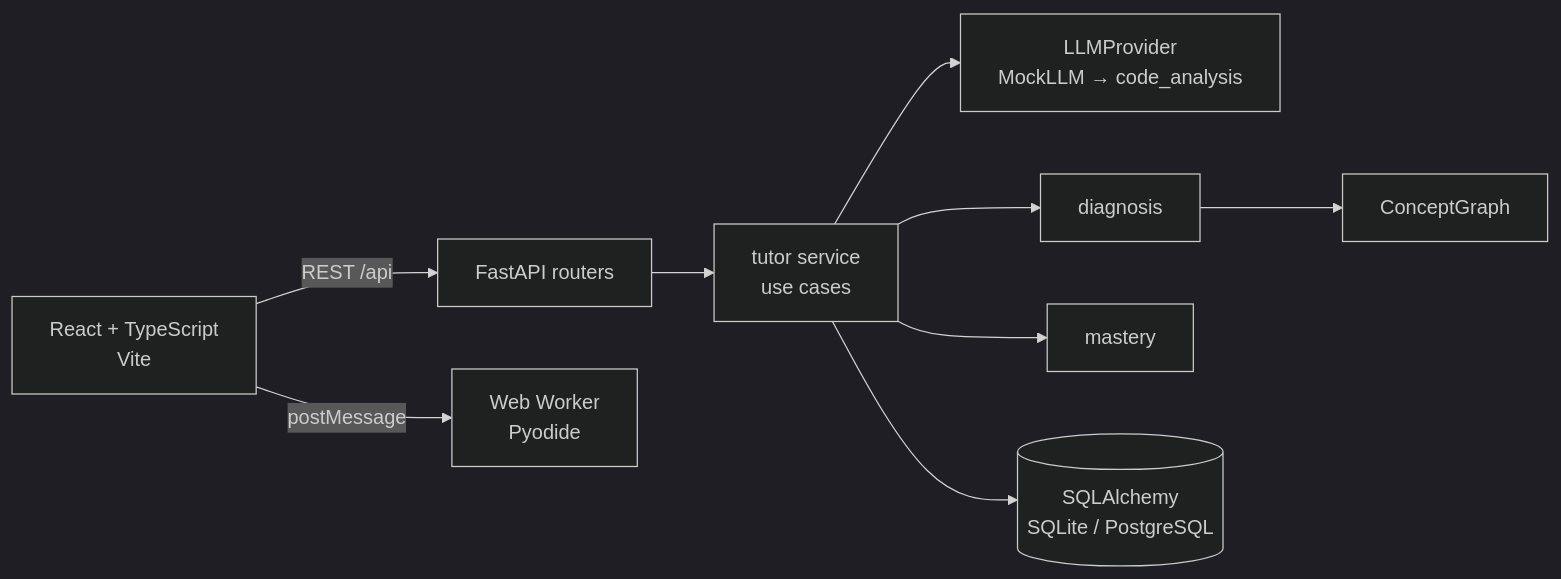
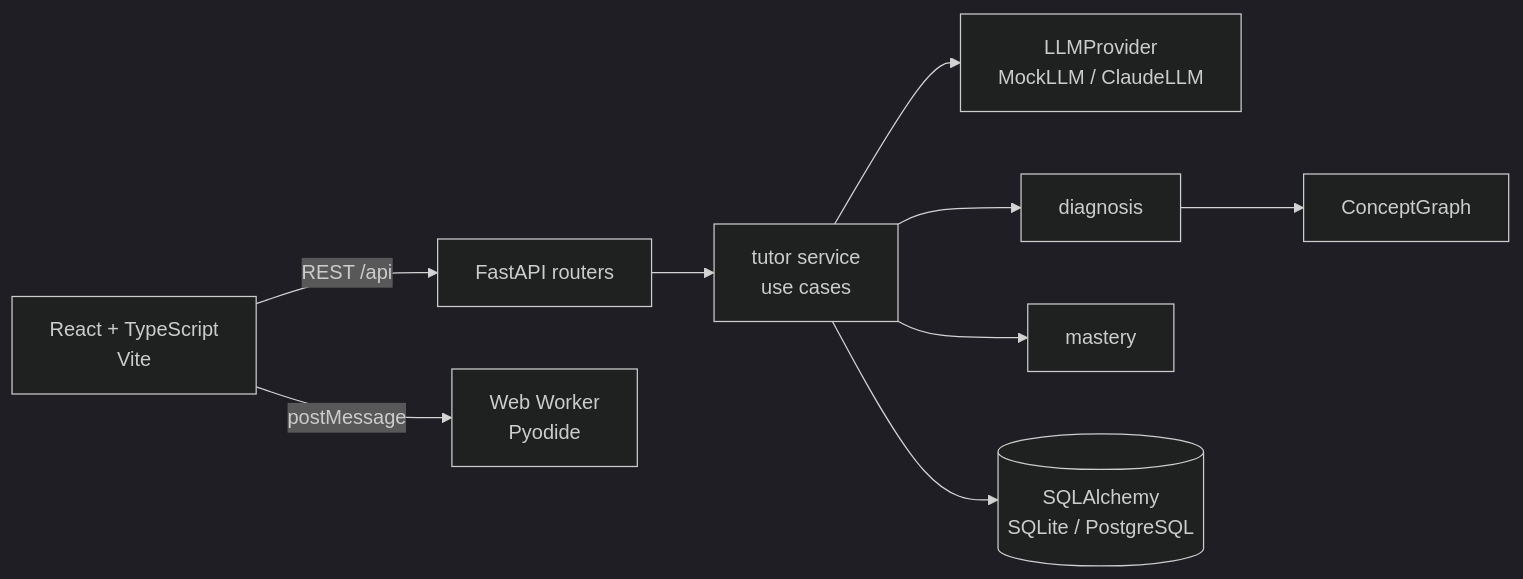
Before and after one commit to burkibuz-ui/mindlattice: the diagram in README.md, drawn with Mermaid (dark theme). The commit also changed other lines of this file and 6 other files, not shown here.

First line of the commit message:
Add Claude LLM provider with offline fallback

````diff
--- a/README.md
+++ b/README.md
@@ -43,11 +45,11 @@
 ```mermaid
 flowchart LR
   UI[React + TypeScript<br/>Vite] -->|REST /api| API[FastAPI routers]
   UI -->|postMessage| W[Web Worker<br/>Pyodide]
   API --> T[tutor service<br/>use cases]
-  T --> LLM[LLMProvider<br/>MockLLM → code_analysis]
+  T --> LLM[LLMProvider<br/>MockLLM / ClaudeLLM]
   T --> D[diagnosis]
   T --> M[mastery]
   D --> G[ConceptGraph]
   T --> DB[(SQLAlchemy<br/>SQLite / PostgreSQL)]
 ```
````
